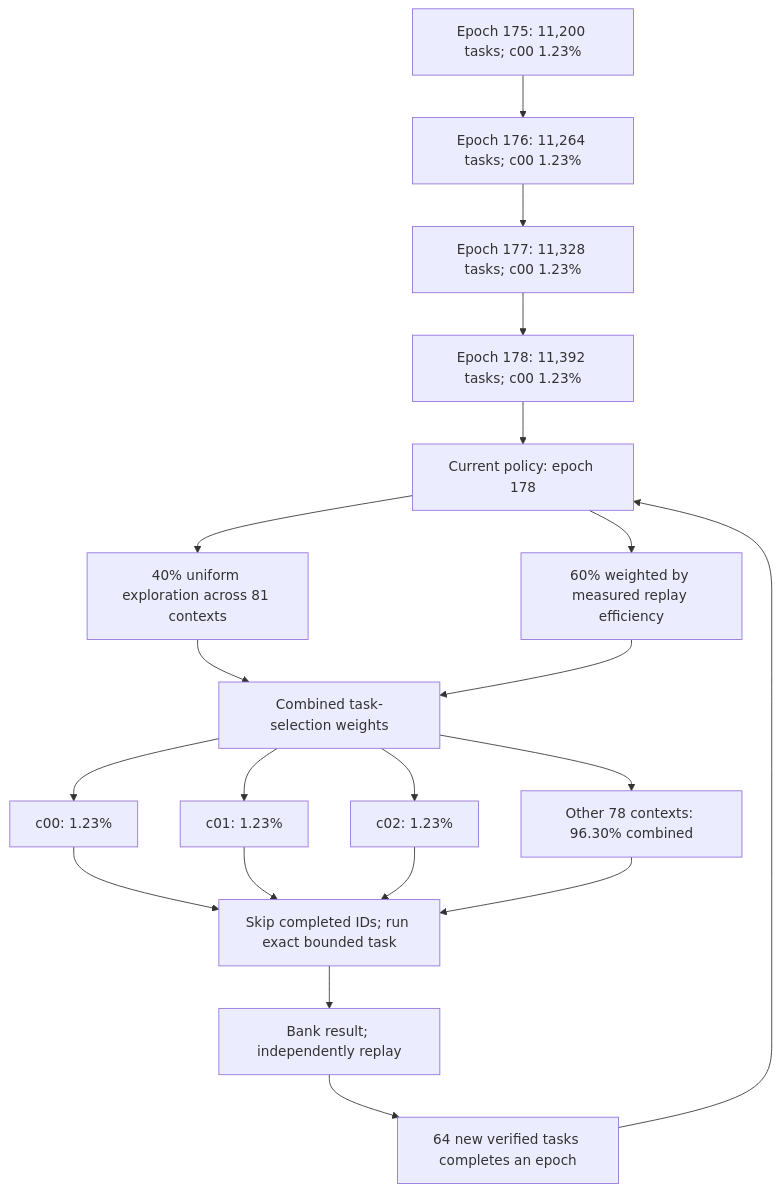
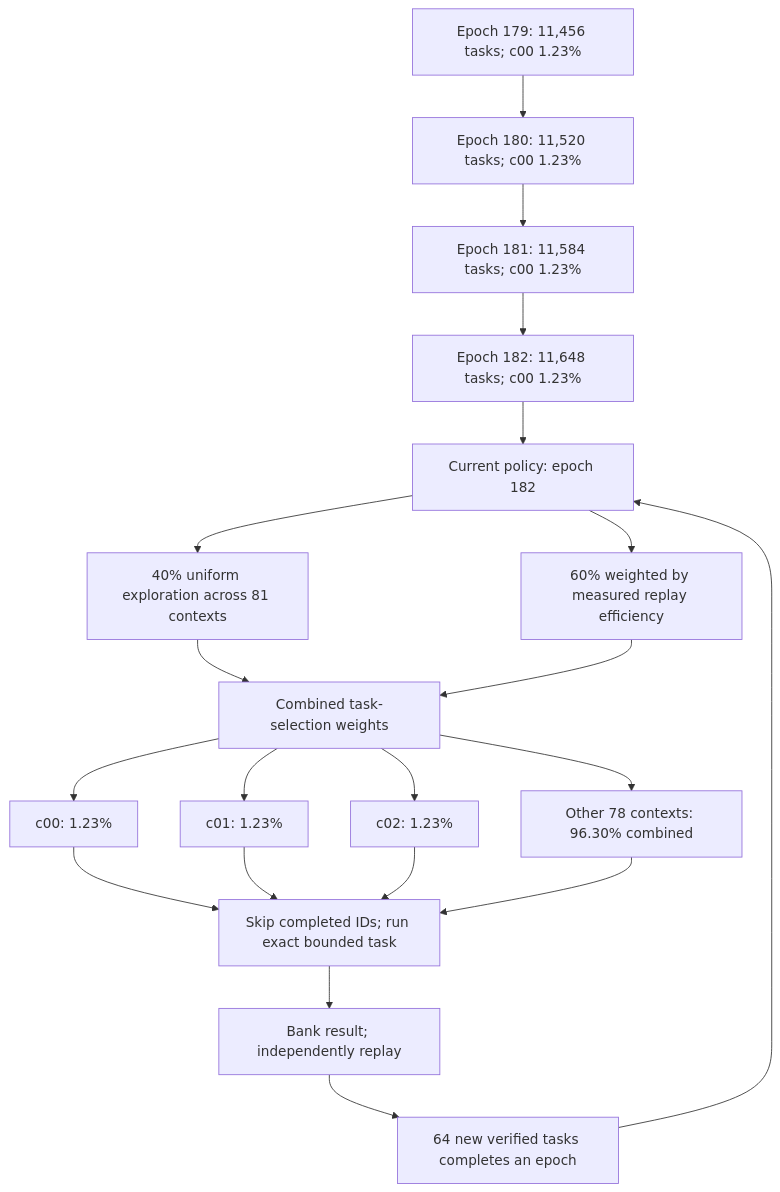
The diagram in README.md (Kuberwastaken/math-gambling), drawn with Mermaid before and after one commit. The commit also changed other lines of this file and 594 other files, not shown here.

````diff
--- a/README.md
+++ b/README.md
@@ -49,27 +49,27 @@
 ```mermaid
 flowchart TD
-    H0["Epoch 175: 11,200 tasks; c00 1.23%"]
-    H1["Epoch 176: 11,264 tasks; c00 1.23%"]
+    H0["Epoch 179: 11,456 tasks; c00 1.23%"]
+    H1["Epoch 180: 11,520 tasks; c00 1.23%"]
     H0 --> H1
-    H2["Epoch 177: 11,328 tasks; c00 1.23%"]
+    H2["Epoch 181: 11,584 tasks; c00 1.23%"]
     H1 --> H2
-    H3["Epoch 178: 11,392 tasks; c00 1.23%"]
+    H3["Epoch 182: 11,648 tasks; c00 1.23%"]
     H2 --> H3
-    Policy["Current policy: epoch 178"]
+    Policy["Current policy: epoch 182"]
     H3 --> Policy
     Policy --> Explore["40% uniform exploration across 81 contexts"]
     Policy --> Cost["60% weighted by measured replay efficiency"]
     Explore --> Mix["Combined task-selection weights"]
     Cost --> Mix
     Mix --> C0["c00: 1.23%"]
     Mix --> C1["c01: 1.23%"]
     Mix --> C2["c02: 1.23%"]
     Mix --> Rest["Other 78 contexts: 96.30% combined"]
     C0 --> Check["Skip completed IDs; run exact bounded task"]
     C1 --> Check
     C2 --> Check
     Rest --> Check
     Check --> Replay["Bank result; independently replay"]
     Replay --> Gate["64 new verified tasks completes an epoch"]
     Gate --> Policy
 ```
````
